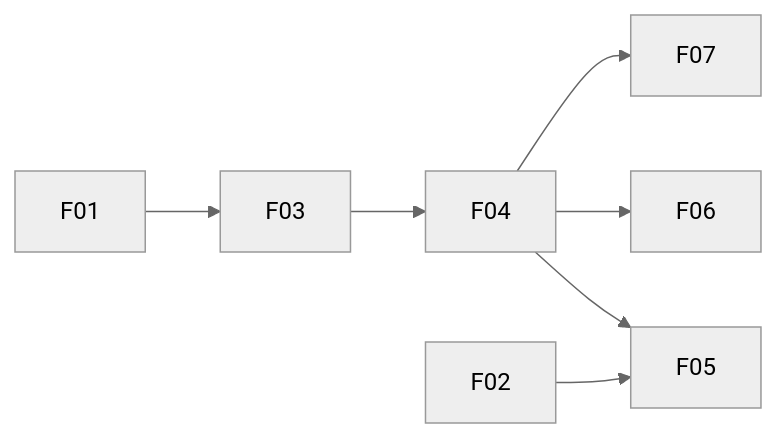
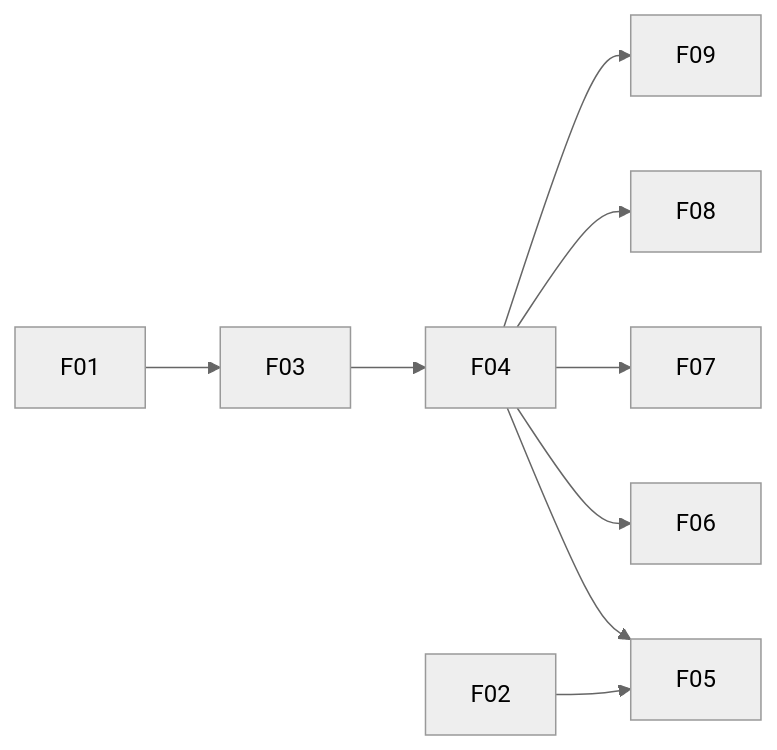
Before and after one commit to ZJUCao/troy-mode-trial: the diagram in docs/requirements.md, drawn with Mermaid (neutral theme). The commit also changed other lines of this file and 3 other files, not shown here.

````diff
--- a/docs/requirements.md
+++ b/docs/requirements.md
@@ -77,9 +87,11 @@
 ```mermaid
 flowchart LR
   F01 --> F03
   F03 --> F04
   F04 --> F05
   F02 --> F05
   F04 --> F06
   F04 --> F07
+  F04 --> F08
+  F04 --> F09
 ```
````
